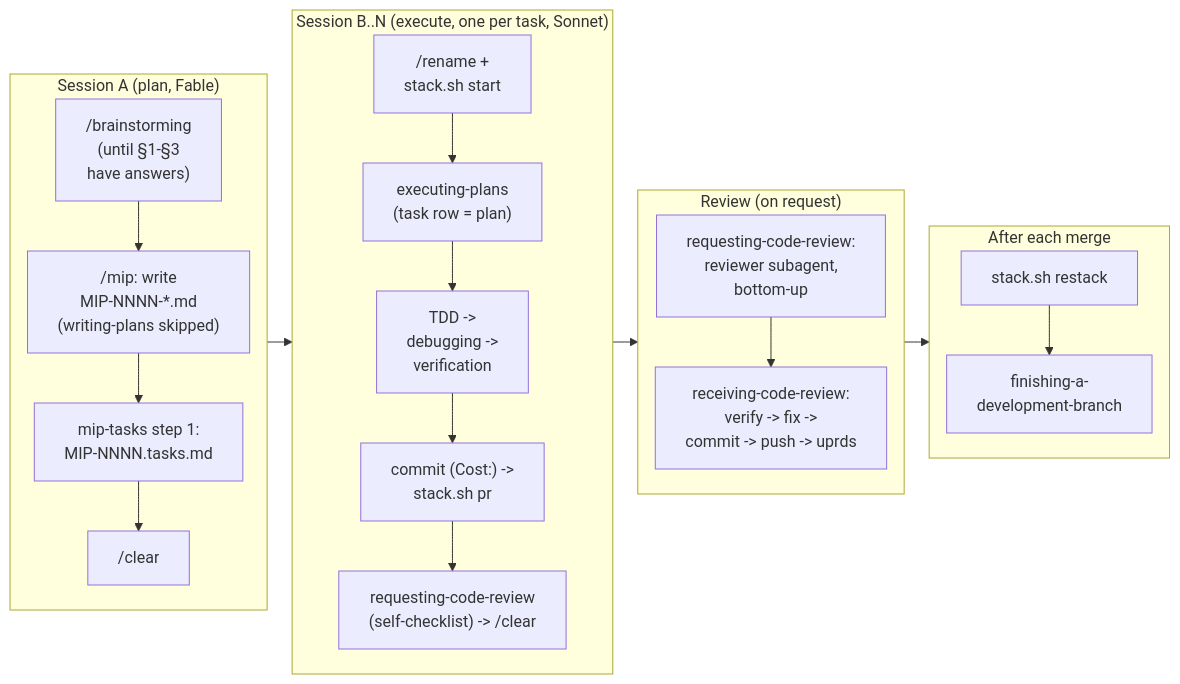
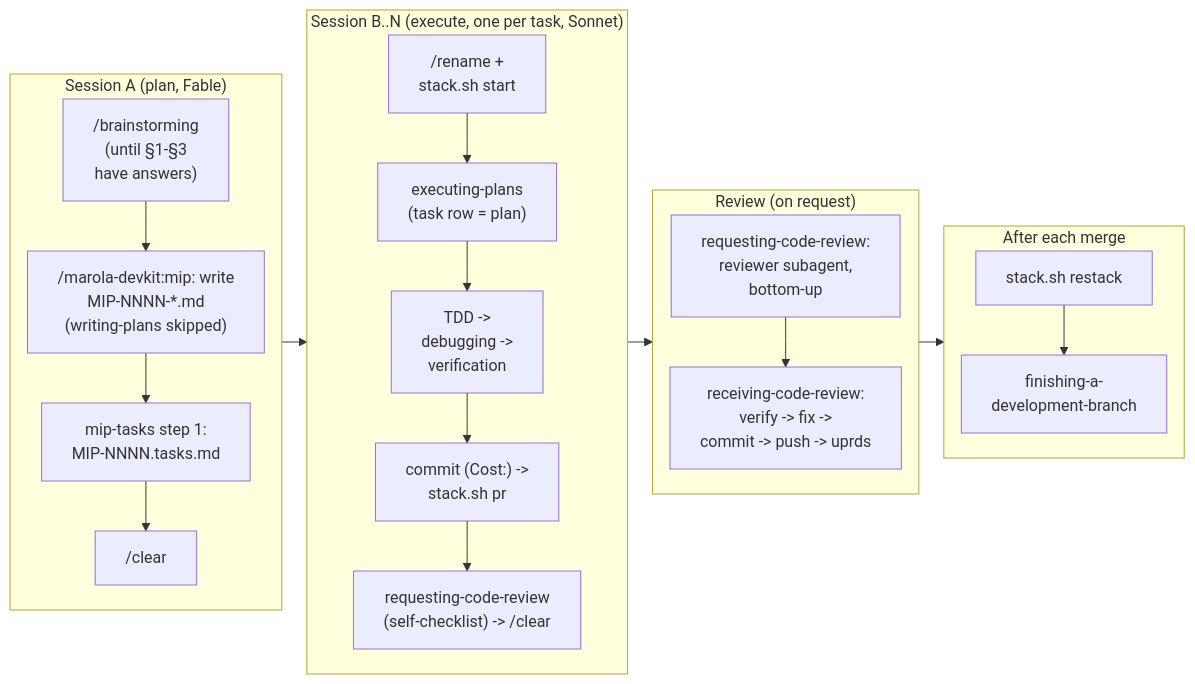
The diagram in docs/3-Working-on-the-repo/AGENT-SKILLS.md (marola-dev/marola), drawn with Mermaid before and after one commit. The commit also changed other lines of this file and 14 other files, not shown here.

First line of the commit message:
docs: the dev flow runs on marola-devkit's tools, plugin and workflows

````diff
--- a/docs/3-Working-on-the-repo/AGENT-SKILLS.md
+++ b/docs/3-Working-on-the-repo/AGENT-SKILLS.md
@@ -59,34 +70,34 @@
 ```mermaid
 %%{init: {"flowchart": {"nodeSpacing": 15, "rankSpacing": 25}}}%%
 flowchart LR
   subgraph sessionA["Session A (plan, Fable)"]
     direction TB
     a1["/brainstorming<br/>(until §1-§3<br/>have answers)"]
-    a2["/mip: write<br/>MIP-NNNN-*.md<br/>(writing-plans skipped)"]
+    a2["/marola-devkit:mip: write<br/>MIP-NNNN-*.md<br/>(writing-plans skipped)"]
     a3["mip-tasks step 1:<br/>MIP-NNNN.tasks.md"]
     a4["/clear"]
     a1 --> a2 --> a3 --> a4
   end
   subgraph sessionBN["Session B..N (execute, one per task, Sonnet)"]
     direction TB
     b1["/rename +<br/>stack.sh start"]
     b2["executing-plans<br/>(task row = plan)"]
     b3["TDD -><br/>debugging -><br/>verification"]
     b4["commit (Cost:) -><br/>stack.sh pr"]
     b5["requesting-code-review<br/>(self-checklist) -> /clear"]
     b1 --> b2 --> b3 --> b4 --> b5
   end
   subgraph reviewSession["Review (on request)"]
     direction TB
     r1["requesting-code-review:<br/>reviewer subagent,<br/>bottom-up"]
     r2["receiving-code-review:<br/>verify -> fix -><br/>commit -> push -> uprds"]
     r1 --> r2
   end
   subgraph afterMerge["After each merge"]
     direction TB
     m1["stack.sh restack"]
     m2["finishing-a-<br/>development-branch"]
     m1 --> m2
   end
   sessionA --> sessionBN --> reviewSession --> afterMerge
 ```
````
